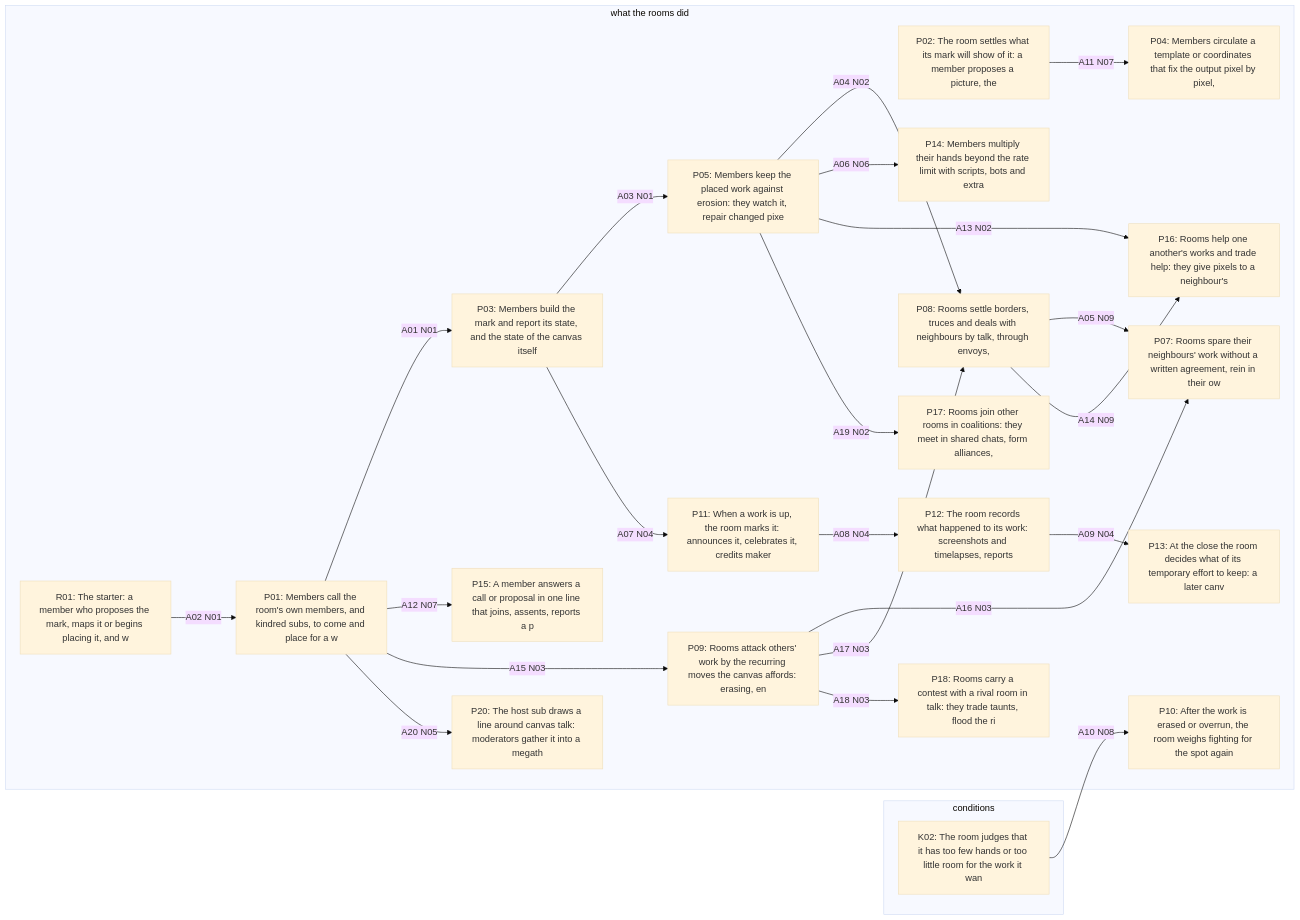
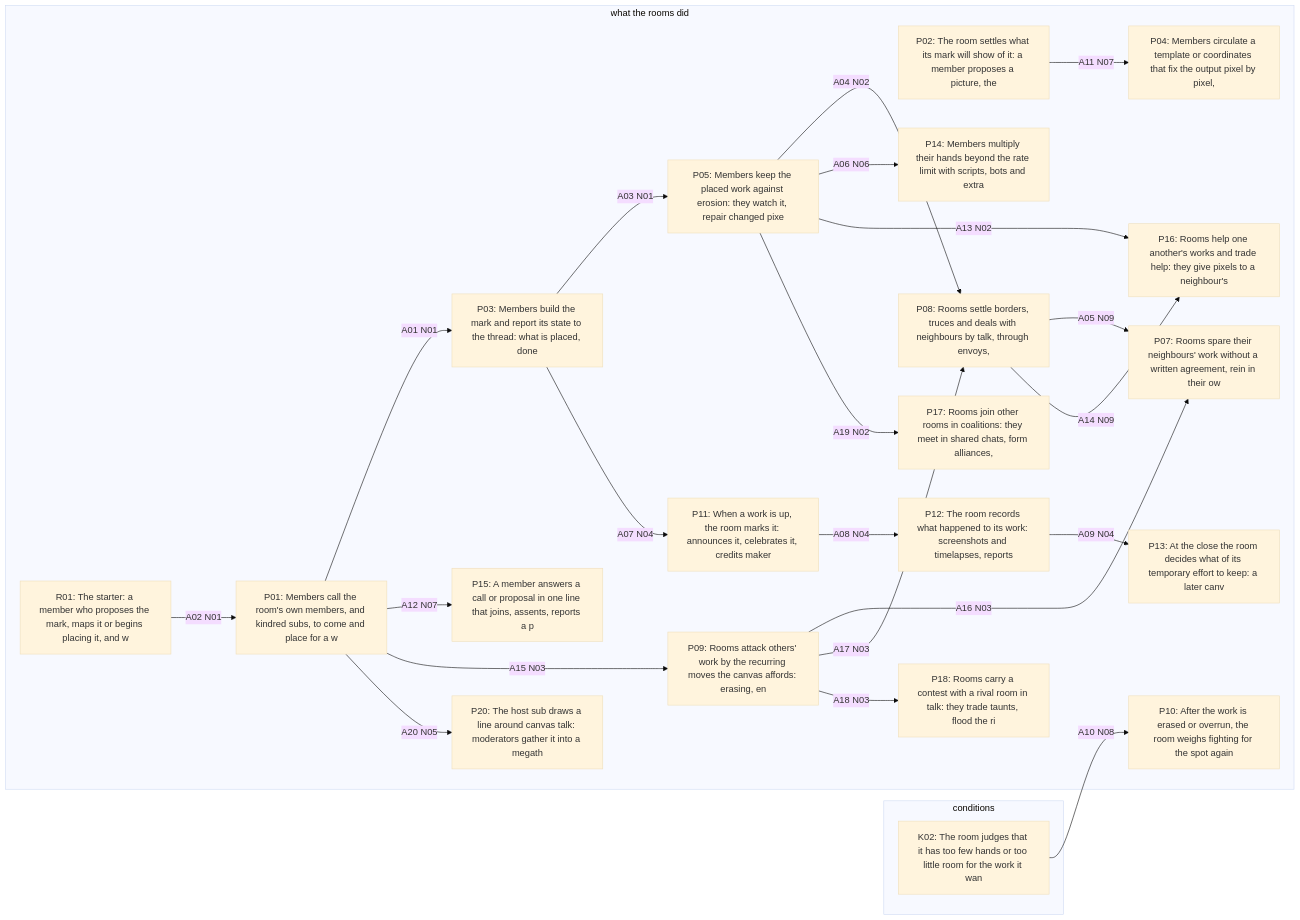
The first of 2 diagrams in aggregator/runs/claude-v43-1/00_GIVE-THE-AGENT/out/_views/figure-model.md (jparrieta/r-place), drawn with Mermaid (base theme) before and after one commit. The commit also changed other lines of this file and 959 other files, not shown here.

````diff
--- a/aggregator/runs/claude-v43-1/00_GIVE-THE-AGENT/out/_views/figure-model.md
+++ b/aggregator/runs/claude-v43-1/00_GIVE-THE-AGENT/out/_views/figure-model.md
@@ -6,47 +6,47 @@
 ```mermaid
 flowchart LR
   subgraph conditions["conditions"]
     K02["K02: The room judges that it has too few hands or too little room for the work it wan"]
   end
   subgraph what_the_rooms_did["what the rooms did"]
     P01["P01: Members call the room's own members, and kindred subs, to come and place for a w"]
     P02["P02: The room settles what its mark will show of it: a member proposes a picture, the"]
-    P03["P03: Members build the mark and report its state, and the state of the canvas itself "]
+    P03["P03: Members build the mark and report its state to the thread: what is placed, done "]
     P04["P04: Members circulate a template or coordinates that fix the output pixel by pixel, "]
     P05["P05: Members keep the placed work against erosion: they watch it, repair changed pixe"]
     P07["P07: Rooms spare their neighbours' work without a written agreement, rein in their ow"]
     P08["P08: Rooms settle borders, truces and deals with neighbours by talk, through envoys, "]
     P09["P09: Rooms attack others' work by the recurring moves the canvas affords: erasing, en"]
     P10["P10: After the work is erased or overrun, the room weighs fighting for the spot again"]
     P11["P11: When a work is up, the room marks it: announces it, celebrates it, credits maker"]
     P12["P12: The room records what happened to its work: screenshots and timelapses, reports "]
     P13["P13: At the close the room decides what of its temporary effort to keep: a later canv"]
     P14["P14: Members multiply their hands beyond the rate limit with scripts, bots and extra "]
     P15["P15: A member answers a call or proposal in one line that joins, assents, reports a p"]
     P16["P16: Rooms help one another's works and trade help: they give pixels to a neighbour's"]
     P17["P17: Rooms join other rooms in coalitions: they meet in shared chats, form alliances,"]
     P18["P18: Rooms carry a contest with a rival room in talk: they trade taunts, flood the ri"]
     P20["P20: The host sub draws a line around canvas talk: moderators gather it into a megath"]
     R01["R01: The starter: a member who proposes the mark, maps it or begins placing it, and w"]
   end
   P01 -->|"A01 N01"| P03
   R01 -->|"A02 N01"| P01
   P03 -->|"A03 N01"| P05
   P05 -->|"A04 N02"| P08
   P08 -->|"A05 N09"| P07
   P05 -->|"A06 N06"| P14
   P03 -->|"A07 N04"| P11
   P11 -->|"A08 N04"| P12
   P12 -->|"A09 N04"| P13
   K02 -->|"A10 N08"| P10
   P02 -->|"A11 N07"| P04
   P01 -->|"A12 N07"| P15
   P05 -->|"A13 N02"| P16
   P08 -->|"A14 N09"| P16
   P01 -->|"A15 N03"| P09
   P09 -->|"A16 N03"| P07
   P09 -->|"A17 N03"| P08
   P09 -->|"A18 N03"| P18
   P05 -->|"A19 N02"| P17
   P01 -->|"A20 N05"| P20
 ```
````
